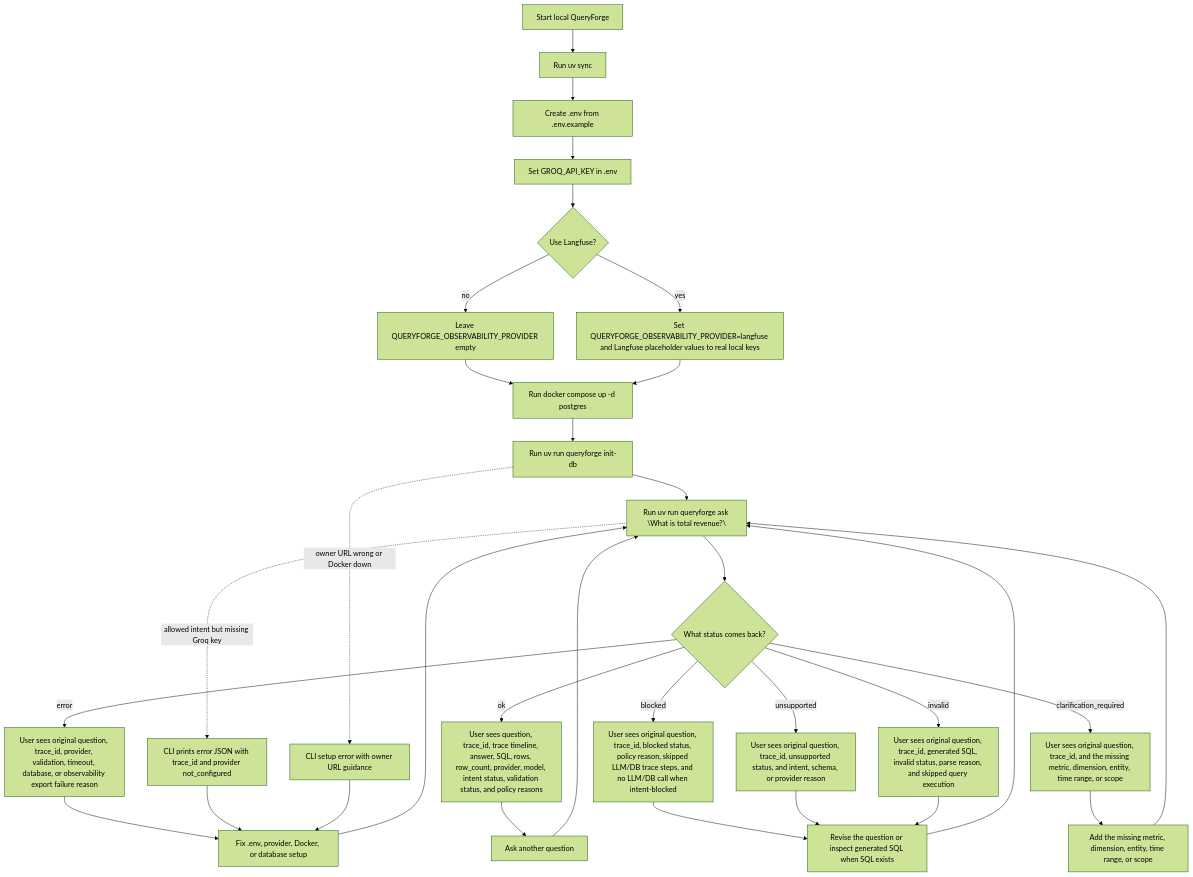
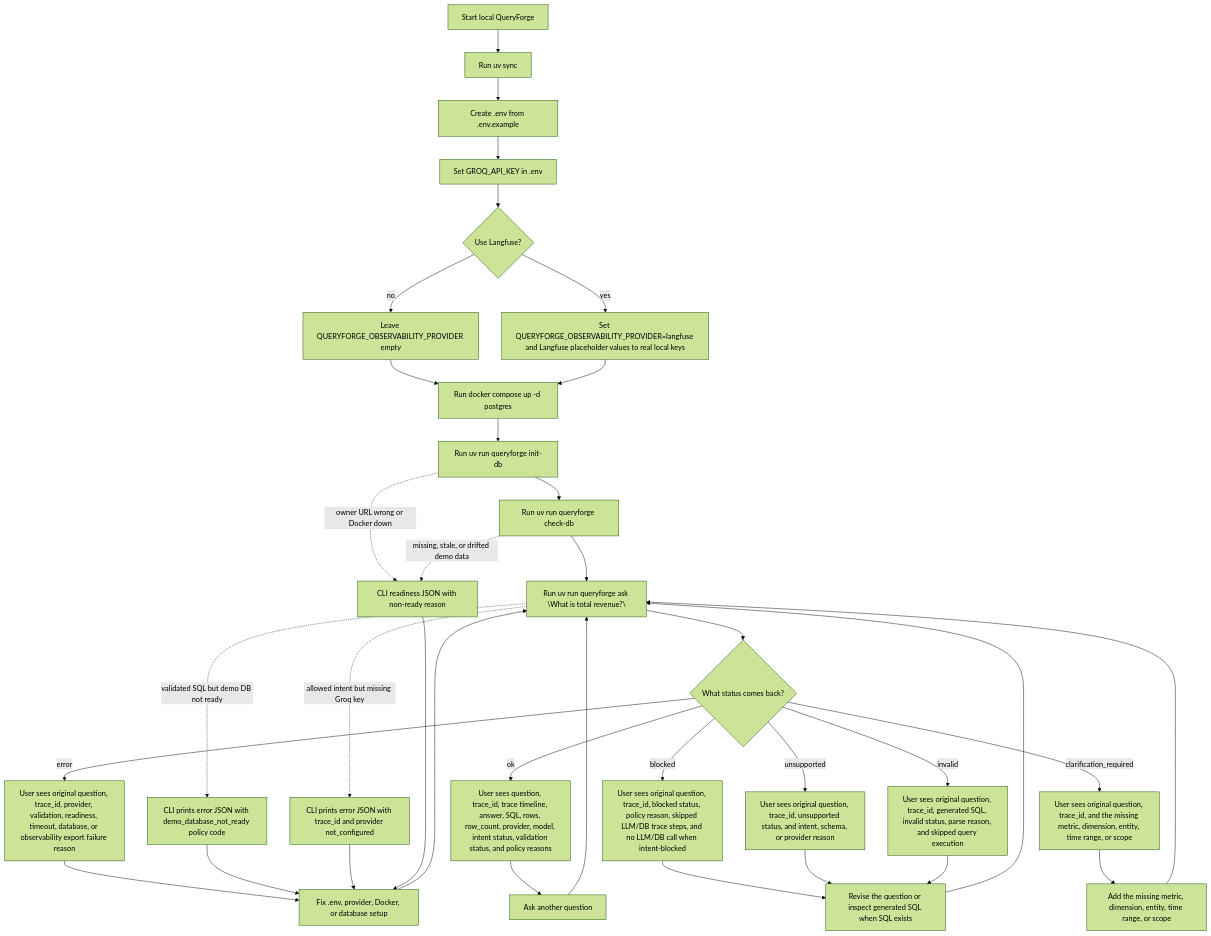
Before and after one commit to arpan-artisan/QueryForge: the fifth of 5 diagrams in docs/architecture-diagrams.md, drawn with Mermaid (forest theme). The commit also changed other lines of this file and 32 other files, not shown here.

Commit message:
Stabilize demo Postgres database

````diff
--- a/docs/architecture-diagrams.md
+++ b/docs/architecture-diagrams.md
@@ -269,39 +406,43 @@
 ```mermaid
 flowchart TD
     start["Start local QueryForge"] --> deps["Run uv sync"]
     deps --> env_file["Create .env from .env.example"]
     env_file --> key["Set GROQ_API_KEY in .env"]
     key --> optional_langfuse{"Use Langfuse?"}
     optional_langfuse -- no --> no_obs["Leave QUERYFORGE_OBSERVABILITY_PROVIDER empty"]
     optional_langfuse -- yes --> obs_keys["Set QUERYFORGE_OBSERVABILITY_PROVIDER=langfuse and Langfuse placeholder values to real local keys"]
 
     no_obs --> db_start["Run docker compose up -d postgres"]
     obs_keys --> db_start
     db_start --> init_db["Run uv run queryforge init-db"]
-    init_db --> ask["Run uv run queryforge ask \"What is total revenue?\""]
+    init_db --> check_db["Run uv run queryforge check-db"]
+    check_db --> ask["Run uv run queryforge ask \"What is total revenue?\""]
 
     init_db -. owner URL wrong or Docker down .-> setup_error["CLI setup error with owner URL guidance"]
+    check_db -. missing, stale, or drifted demo data .-> setup_error["CLI readiness JSON with non-ready reason"]
     ask -. allowed intent but missing Groq key .-> credential_error["CLI prints error JSON with trace_id and provider not_configured"]
+    ask -. validated SQL but demo DB not ready .-> readiness_error["CLI prints error JSON with demo_database_not_ready policy code"]
 
     ask --> status{"What status comes back?"}
     status -- ok --> success["User sees question, trace_id, trace timeline, answer, SQL, rows, row_count, provider, model, intent status, validation status, and policy reasons"]
     status -- blocked --> blocked["User sees original question, trace_id, blocked status, policy reason, skipped LLM/DB trace steps, and no LLM/DB call when intent-blocked"]
     status -- unsupported --> unsupported["User sees original question, trace_id, unsupported status, and intent, schema, or provider reason"]
     status -- clarification_required --> clarification["User sees original question, trace_id, and the missing metric, dimension, entity, time range, or scope"]
     status -- invalid --> invalid["User sees original question, trace_id, generated SQL, invalid status, parse reason, and skipped query execution"]
-    status -- error --> error["User sees original question, trace_id, provider, validation, timeout, database, or observability export failure reason"]
+    status -- error --> error["User sees original question, trace_id, provider, validation, readiness, timeout, database, or observability export failure reason"]
 
     success --> next_question["Ask another question"]
     blocked --> revise["Revise the question or inspect generated SQL when SQL exists"]
     unsupported --> revise
     clarification --> clarify_question["Add the missing metric, dimension, entity, time range, or scope"]
     clarify_question --> ask
     invalid --> revise
     error --> fix_setup["Fix .env, provider, Docker, or database setup"]
+    readiness_error --> fix_setup
     credential_error --> fix_setup
     setup_error --> fix_setup
 
     revise --> ask
     fix_setup --> ask
     next_question --> ask
 ```
````
